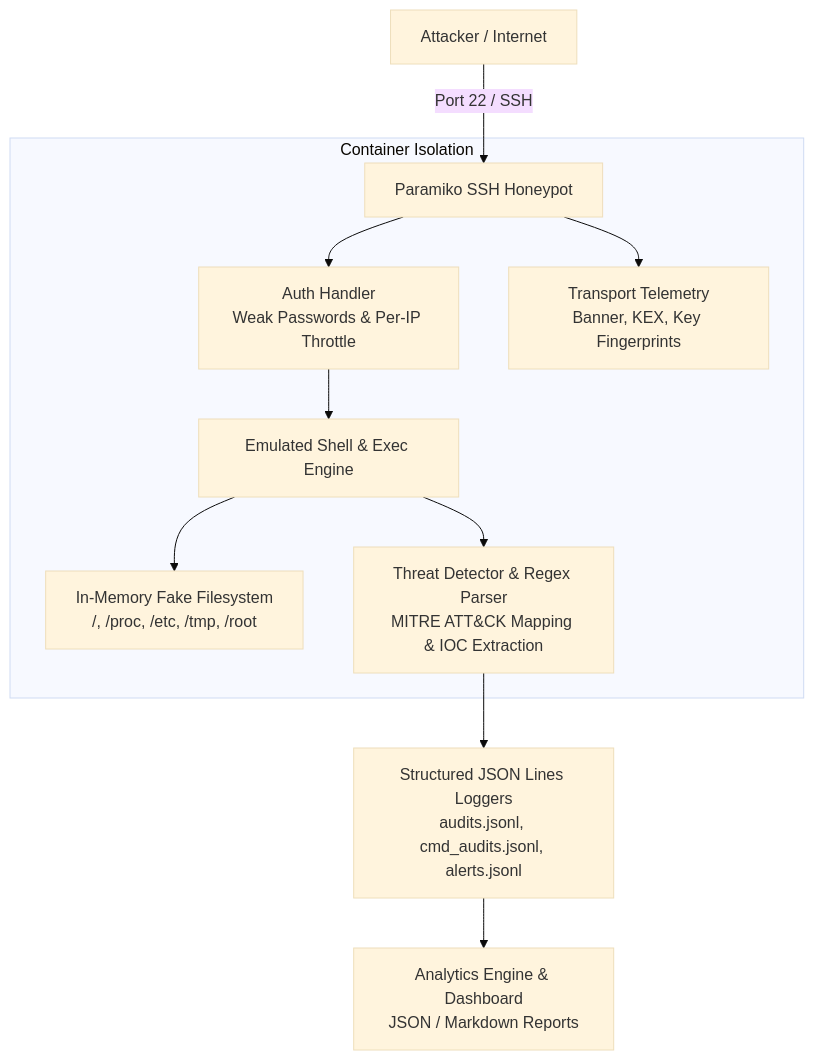
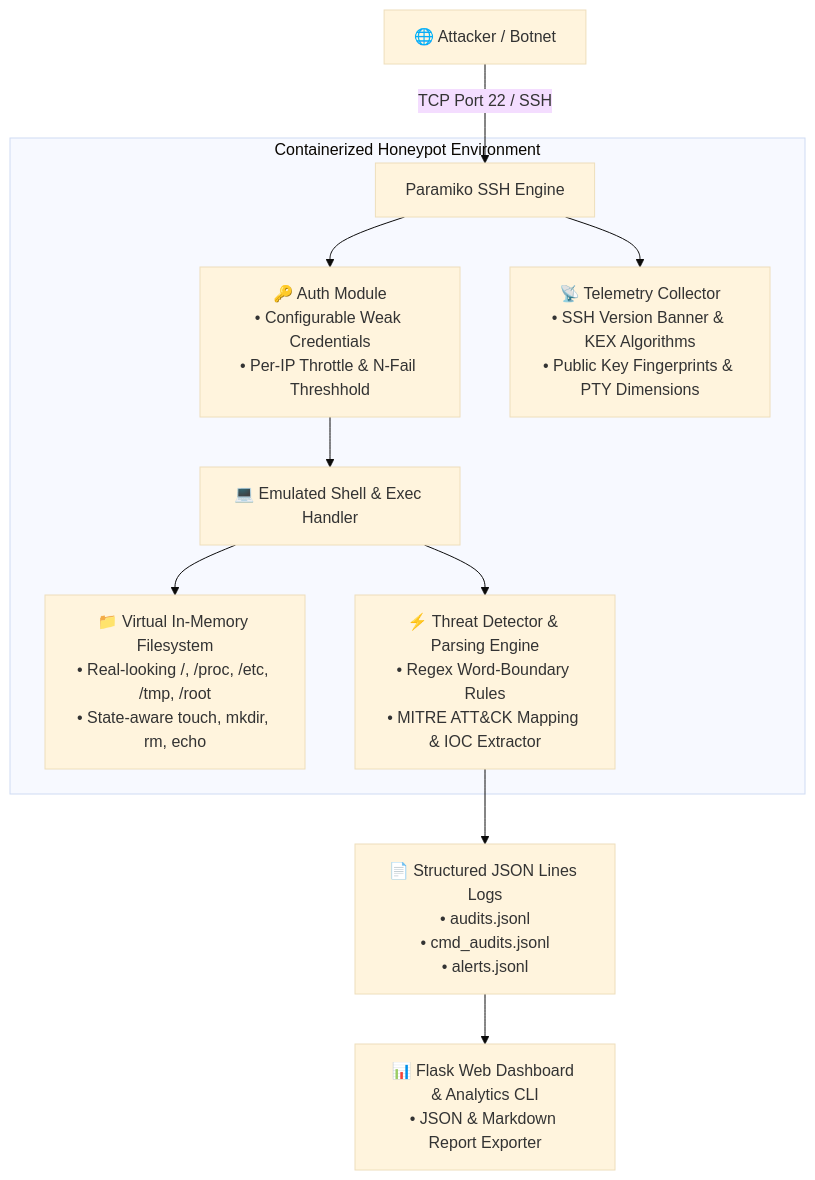
One commit to zied42/ssh_honeypot changed the diagram in README.md. Above: the diagram before and after it, drawn with Mermaid (base theme). The commit also changed other lines of this file, not shown here.

Commit message:
Enhance README with professional shields, architecture, features, and deployment specs

````diff
--- a/README.md
+++ b/README.md
@@ -9,17 +23,17 @@
 ```mermaid
 flowchart TD
-    Attacker[Attacker / Internet] -->|Port 22 / SSH| Server[Paramiko SSH Honeypot]
-    
-    subgraph Container Isolation
-        Server --> Auth[Auth Handler\nWeak Passwords & Per-IP Throttle]
-        Server --> Telemetry[Transport Telemetry\nBanner, KEX, Key Fingerprints]
+    Attacker[🌐 Attacker / Botnet] -->|TCP Port 22 / SSH| Core[Paramiko SSH Engine]
+
+    subgraph Containerized Honeypot Environment
+        Core --> Auth[🔑 Auth Module\n• Configurable Weak Credentials\n• Per-IP Throttle & N-Fail Threshhold]
+        Core --> Telemetry[📡 Telemetry Collector\n• SSH Version Banner & KEX Algorithms\n• Public Key Fingerprints & PTY Dimensions]
         
-        Auth --> Shell[Emulated Shell & Exec Engine]
+        Auth --> Shell[💻 Emulated Shell & Exec Handler]
         
-        Shell --> FakeFS[In-Memory Fake Filesystem\n/, /proc, /etc, /tmp, /root]
-        Shell --> Detection[Threat Detector & Regex Parser\nMITRE ATT&CK Mapping & IOC Extraction]
+        Shell --> FakeFS[📁 Virtual In-Memory Filesystem\n• Real-looking /, /proc, /etc, /tmp, /root\n• State-aware touch, mkdir, rm, echo]
+        Shell --> Detector[⚡ Threat Detector & Parsing Engine\n• Regex Word-Boundary Rules\n• MITRE ATT&CK Mapping & IOC Extractor]
     end
 
-    Detection --> JSONLog[Structured JSON Lines Loggers\naudits.jsonl, cmd_audits.jsonl, alerts.jsonl]
-    JSONLog --> Analyzer[Analytics Engine & Dashboard\nJSON / Markdown Reports]
+    Detector --> JSONLogs[📄 Structured JSON Lines Logs\n• audits.jsonl\n• cmd_audits.jsonl\n• alerts.jsonl]
+    JSONLogs --> Dashboard[📊 Flask Web Dashboard & Analytics CLI\n• JSON & Markdown Report Exporter]
 ```
````
